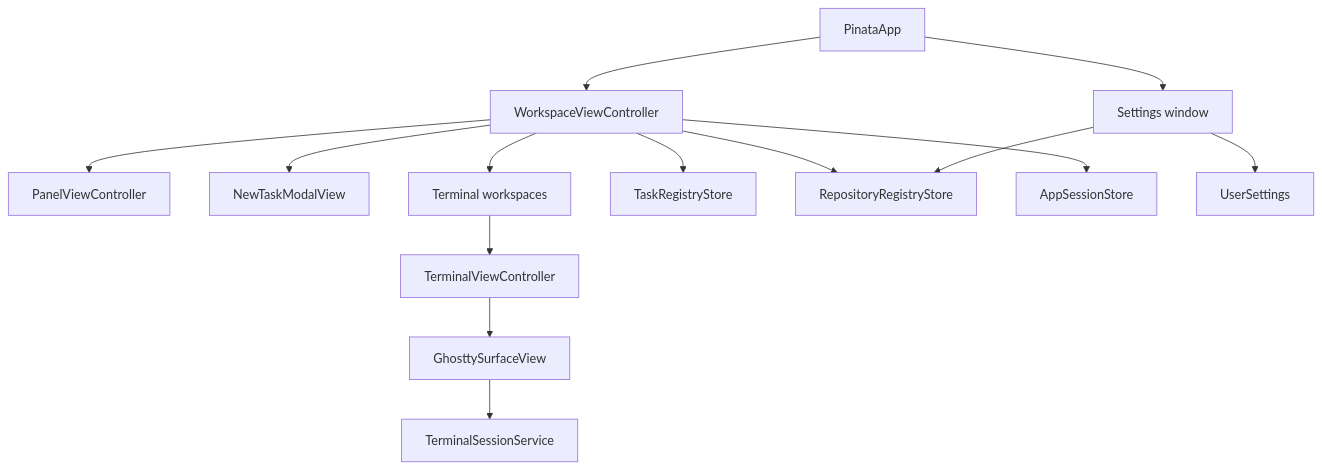
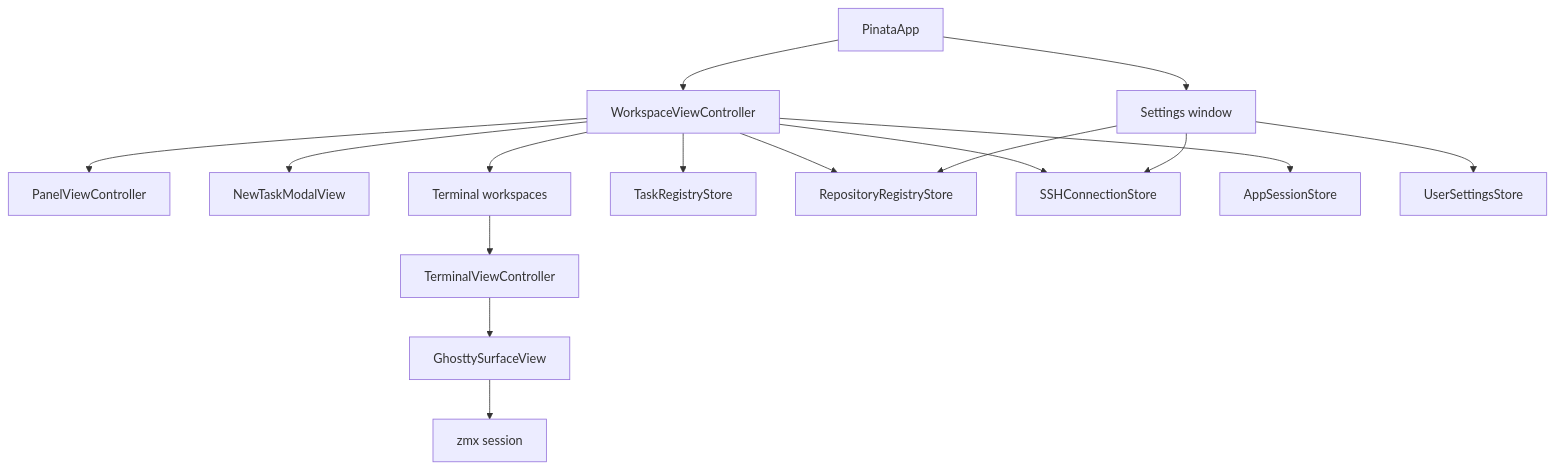
One commit to gh0stonio/pinata changed the first of 5 diagrams in docs/application-architecture.md. Above: the diagram before and after it, drawn with Mermaid. The commit also changed other lines of this file and 24 other files, not shown here.

````diff
--- a/docs/application-architecture.md
+++ b/docs/application-architecture.md
@@ -7,16 +7,18 @@
 ```mermaid
 flowchart TB
     App[PinataApp] --> Workspace[WorkspaceViewController]
     App --> Settings[Settings window]
     Workspace --> Panel[PanelViewController]
     Workspace --> TaskModal[NewTaskModalView]
     Workspace --> Terminals[Terminal workspaces]
     Workspace --> TaskStore[TaskRegistryStore]
     Workspace --> RepositoryStore[RepositoryRegistryStore]
+    Workspace --> ConnectionStore[SSHConnectionStore]
     Workspace --> SessionStore[AppSessionStore]
     Terminals --> TerminalVC[TerminalViewController]
     TerminalVC --> Ghostty[GhosttySurfaceView]
-    Ghostty --> Service[TerminalSessionService]
-    Settings --> Theme[UserSettings]
+    Ghostty --> Zmx[zmx session]
+    Settings --> Theme[UserSettingsStore]
     Settings --> RepositoryStore
+    Settings --> ConnectionStore
 ```
````
